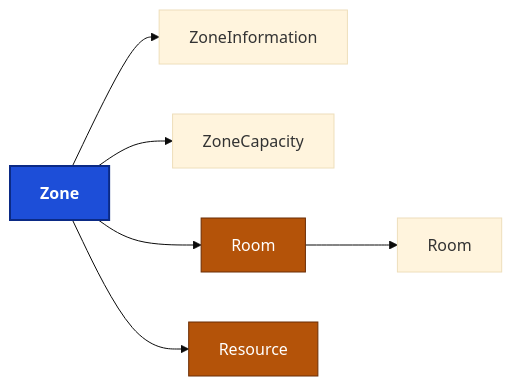
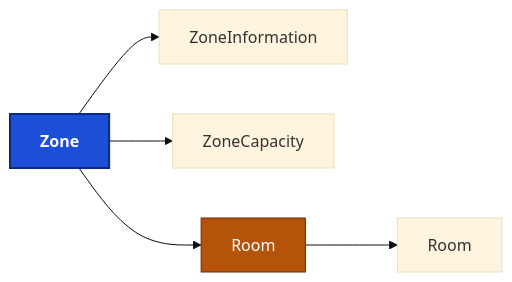
Before and after one commit to SkylineCommunications/SLC-SDM-InfraOps: diagram 26 of 38 in docs/canon/CAN-001-dom-structure.md, drawn with Mermaid (base theme). The commit also changed other lines of this file and 32 other files, not shown here.

````diff
--- a/docs/canon/CAN-001-dom-structure.md
+++ b/docs/canon/CAN-001-dom-structure.md
@@ -1621,20 +1578,18 @@
 ```mermaid
 flowchart LR
     D["<b>Zone</b>"]
     S1["ZoneInformation"]
     S2["ZoneCapacity"]
     S3["Room"]
-    S4["Resource"]
     T_room["Room"]
 
     D --> S1
     D --> S2
     D --> S3
     S3 --> T_room
-    D --> S4
     classDef def fill:#1d4ed8,stroke:#0b2a85,color:#ffffff,stroke-width:2px
     classDef shared fill:#b45309,stroke:#6b2d05,color:#ffffff
     classDef other fill:#4b5563,stroke:#1f2937,color:#ffffff
     class D def
-    class S3,S4 shared
+    class S3 shared
 ```
````
